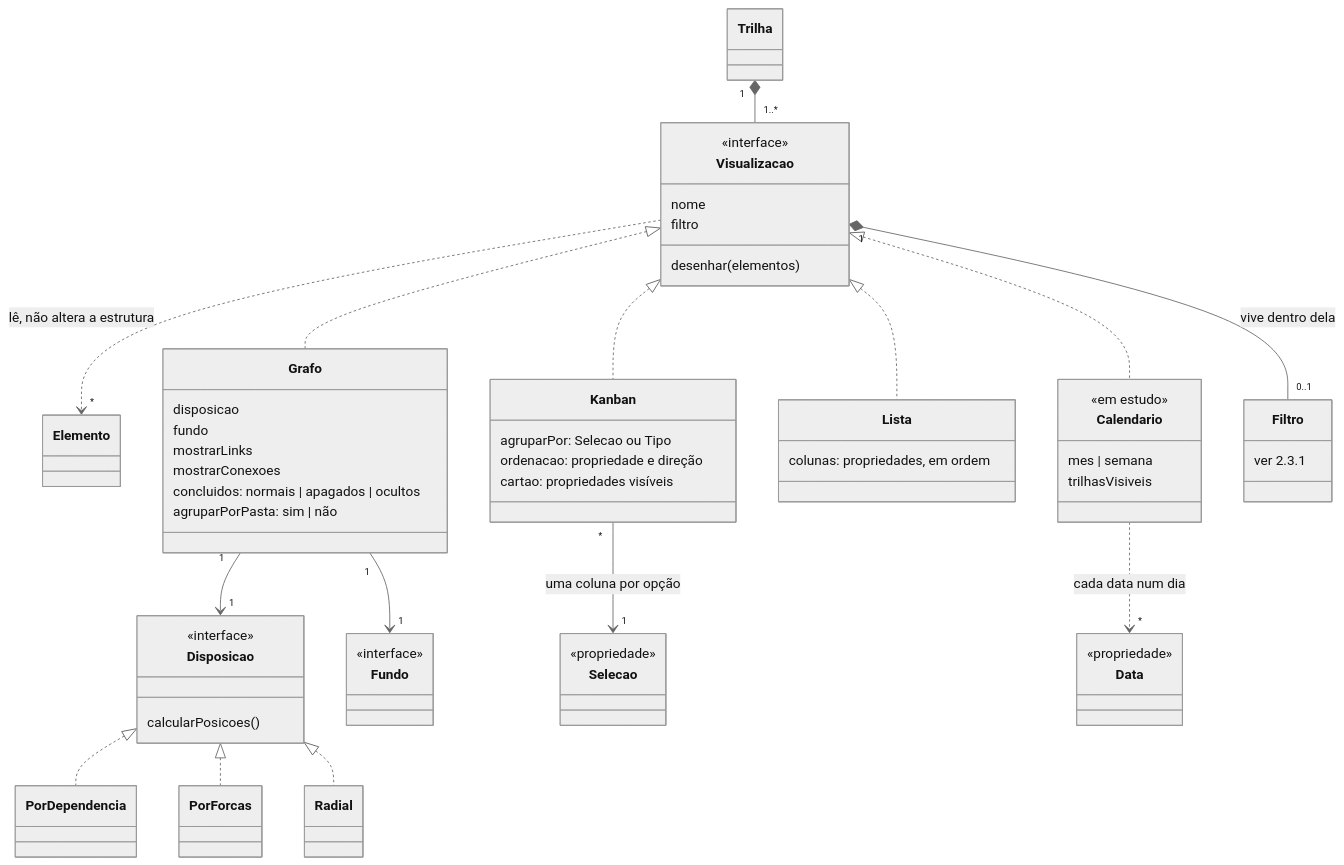
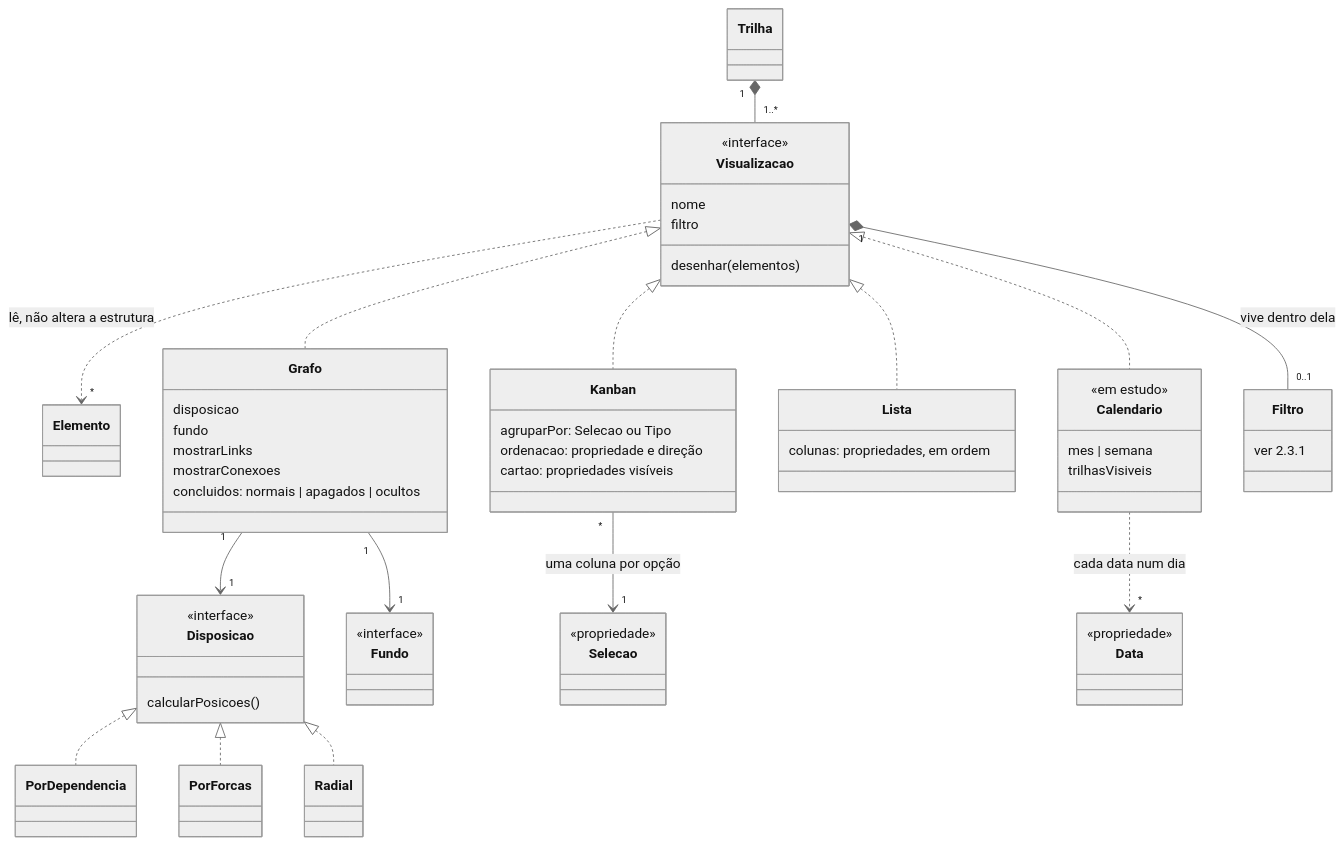
Before and after one commit to luanfrombrazil/secondbrain: the fourth of 13 diagrams in docs/modelagem.md, drawn with Mermaid (neutral theme). The commit also changed other lines of this file and 7 other files, not shown here.

````diff
--- a/docs/modelagem.md
+++ b/docs/modelagem.md
@@ -430,68 +429,67 @@
 ```mermaid
 classDiagram
     direction TB
 
     class Trilha
     class Elemento
     class Visualizacao {
         <<interface>>
         nome
         filtro
         desenhar(elementos)
     }
     class Grafo {
         disposicao
         fundo
         mostrarLinks
         mostrarConexoes
         concluidos: normais | apagados | ocultos
-        agruparPorPasta: sim | não
     }
     class Kanban {
         agruparPor: Selecao ou Tipo
         ordenacao: propriedade e direção
         cartao: propriedades visíveis
     }
     class Lista {
         colunas: propriedades, em ordem
     }
     class Calendario {
         <<em estudo>>
         mes | semana
         trilhasVisiveis
     }
     class Disposicao {
         <<interface>>
         calcularPosicoes()
     }
     class PorDependencia
     class PorForcas
     class Radial
     class Fundo {
         <<interface>>
     }
     class Selecao {
         <<propriedade>>
     }
     class Filtro {
         ver 2.3.1
     }
 
     Trilha "1" *-- "1..*" Visualizacao
     Visualizacao ..> "*" Elemento : lê, não altera a estrutura
     Visualizacao "1" *-- "0..1" Filtro : vive dentro dela
     Visualizacao <|.. Grafo
     Visualizacao <|.. Kanban
     Visualizacao <|.. Lista
     Visualizacao <|.. Calendario
     Grafo "1" --> "1" Disposicao
     Grafo "1" --> "1" Fundo
     Disposicao <|.. PorDependencia
     Disposicao <|.. PorForcas
     Disposicao <|.. Radial
     Kanban "*" --> "1" Selecao : uma coluna por opção
     Calendario ..> "*" Data : cada data num dia
     class Data {
         <<propriedade>>
     }
 ```
````
